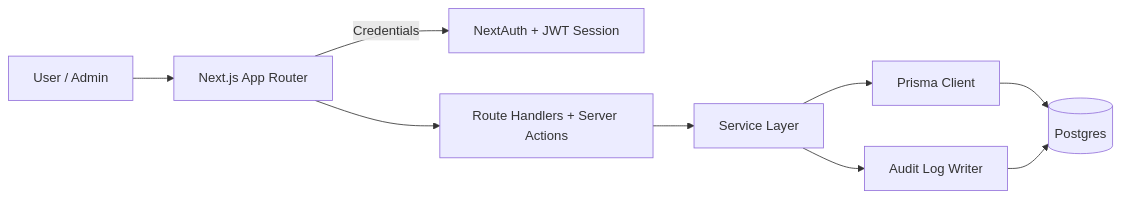
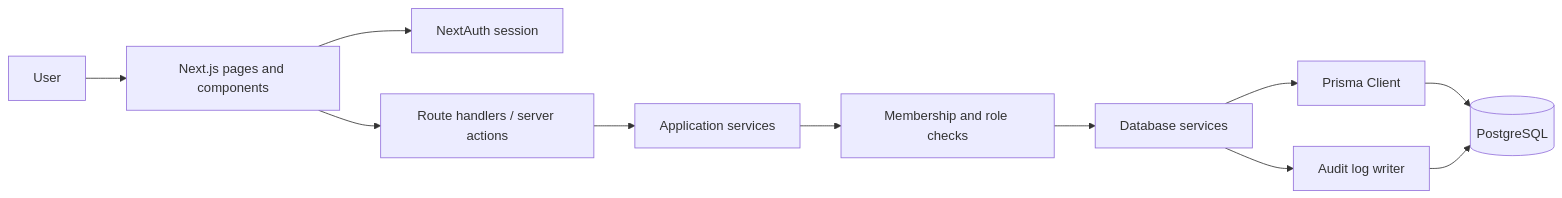
Before and after one commit to VamsiKolli10/tenant-guard: the diagram in README.md, drawn with Mermaid. The commit also changed other lines of this file and 78 other files, not shown here.

````diff
--- a/README.md
+++ b/README.md
@@ -93,11 +69,13 @@
 ```mermaid
 flowchart LR
-  User[User / Admin] --> UI[Next.js App Router]
-  UI -->|Credentials| Auth[NextAuth + JWT Session]
-  UI --> API[Route Handlers + Server Actions]
-  API --> Services[Service Layer]
-  Services --> Prisma[Prisma Client]
-  Prisma --> DB[(Postgres)]
-  Services --> Audit[Audit Log Writer]
-  Audit --> DB
+  User[User] --> UI[Next.js pages and components]
+  UI --> Auth[NextAuth session]
+  UI --> Routes[Route handlers / server actions]
+  Routes --> AppServices[Application services]
+  AppServices --> Tenancy[Membership and role checks]
+  Tenancy --> DbServices[Database services]
+  DbServices --> Prisma[Prisma Client]
+  Prisma --> Postgres[(PostgreSQL)]
+  DbServices --> Audit[Audit log writer]
+  Audit --> Postgres
 ```
````
